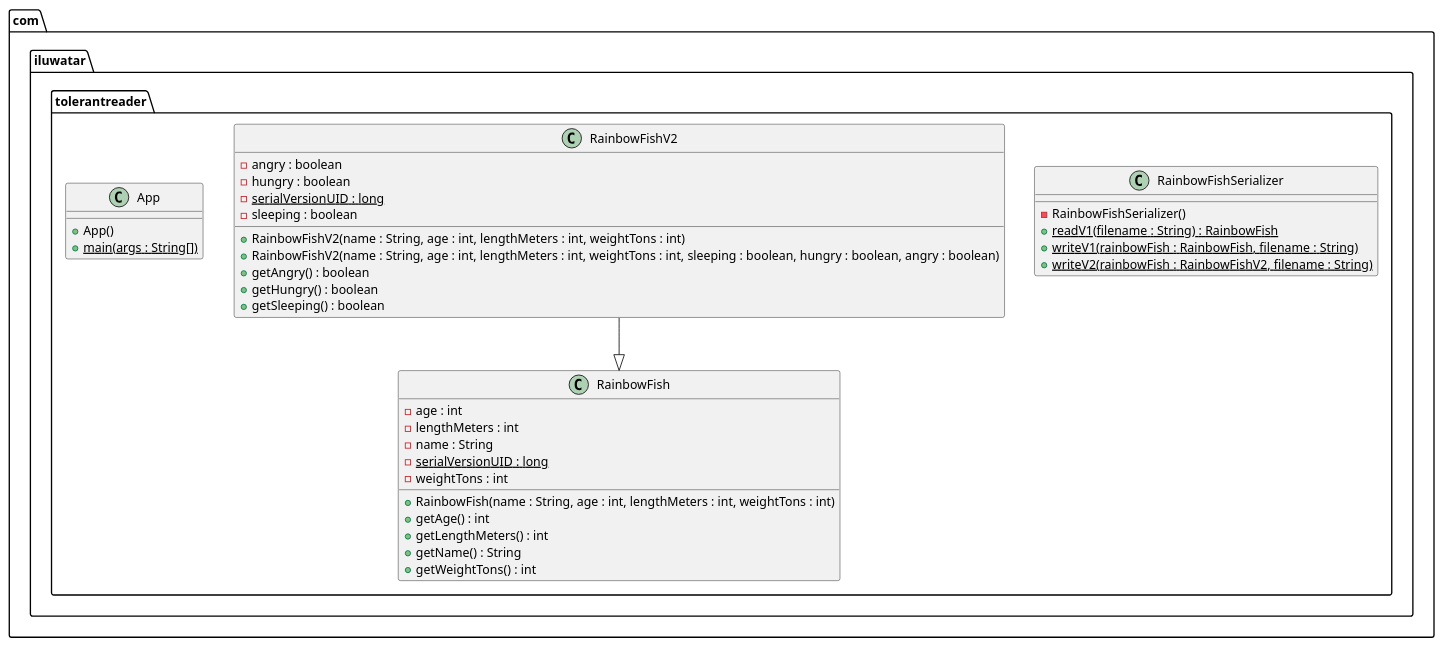
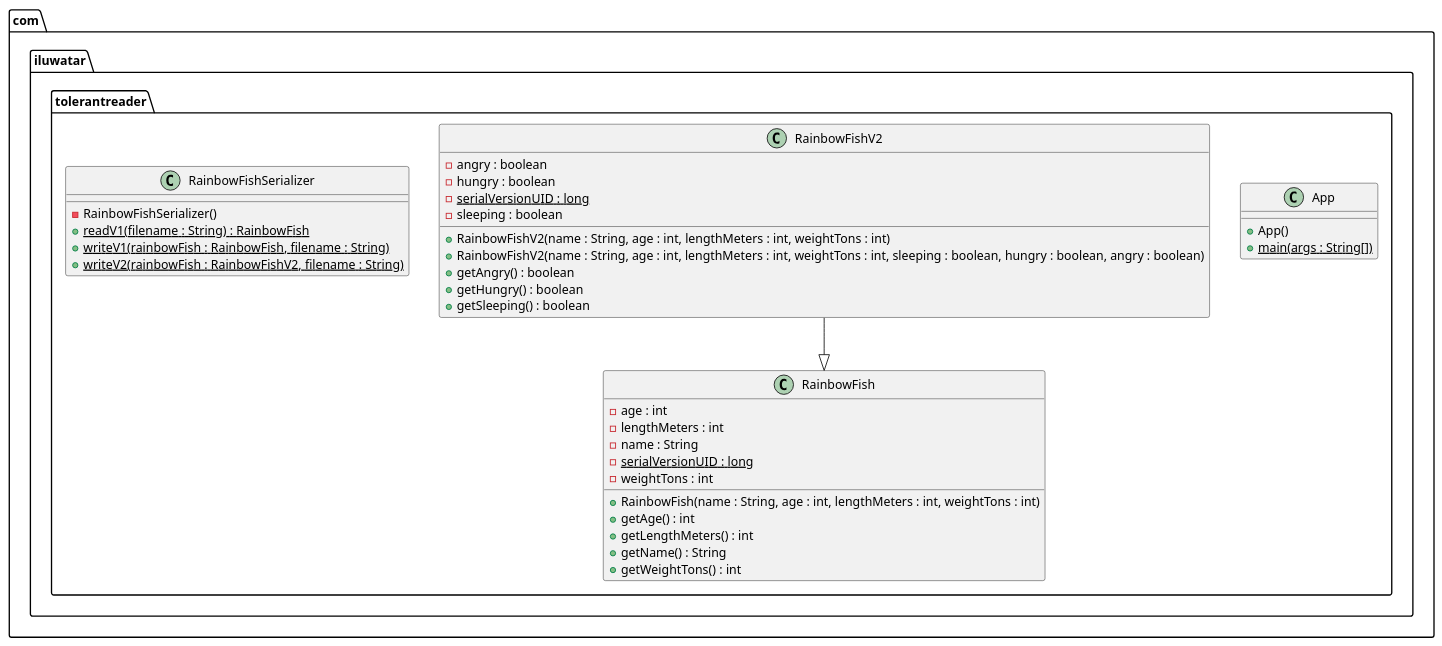
One commit to NatalieSty/java-design-patterns changed the diagram in tolerant-reader/etc/tolerant-reader.urm.puml. Above: the diagram before and after it, drawn with PlantUML. The commit also changed other lines of this file and 77 other files, not shown here.

Commit message:
UML generation: Mark the urm-maven-plugin execution to be ignored in Eclipse and recreate all .puml files

```diff
--- a/tolerant-reader/etc/tolerant-reader.urm.puml
+++ b/tolerant-reader/etc/tolerant-reader.urm.puml
@@ -1,38 +1,38 @@
 @startuml
 package com.iluwatar.tolerantreader {
-  class RainbowFishSerializer {
-    - RainbowFishSerializer()
-    + readV1(filename : String) : RainbowFish {static}
-    + writeV1(rainbowFish : RainbowFish, filename : String) {static}
-    + writeV2(rainbowFish : RainbowFishV2, filename : String) {static}
-  }
   class RainbowFish {
     - age : int
     - lengthMeters : int
     - name : String
     - serialVersionUID : long {static}
     - weightTons : int
     + RainbowFish(name : String, age : int, lengthMeters : int, weightTons : int)
     + getAge() : int
     + getLengthMeters() : int
     + getName() : String
     + getWeightTons() : int
   }
+  class App {
+    + App()
+    + main(args : String[]) {static}
+  }
   class RainbowFishV2 {
     - angry : boolean
     - hungry : boolean
     - serialVersionUID : long {static}
     - sleeping : boolean
     + RainbowFishV2(name : String, age : int, lengthMeters : int, weightTons : int)
     + RainbowFishV2(name : String, age : int, lengthMeters : int, weightTons : int, sleeping : boolean, hungry : boolean, angry : boolean)
     + getAngry() : boolean
     + getHungry() : boolean
     + getSleeping() : boolean
   }
-  class App {
-    + App()
-    + main(args : String[]) {static}
+  class RainbowFishSerializer {
+    - RainbowFishSerializer()
+    + readV1(filename : String) : RainbowFish {static}
+    + writeV1(rainbowFish : RainbowFish, filename : String) {static}
+    + writeV2(rainbowFish : RainbowFishV2, filename : String) {static}
   }
 }
 RainbowFishV2 --|> RainbowFish 
 @enduml
```
